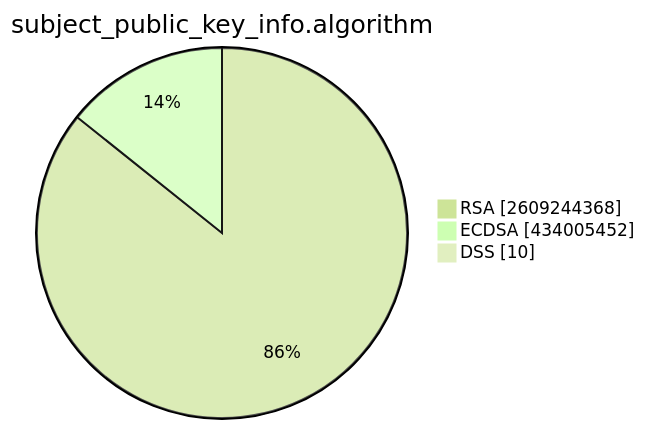
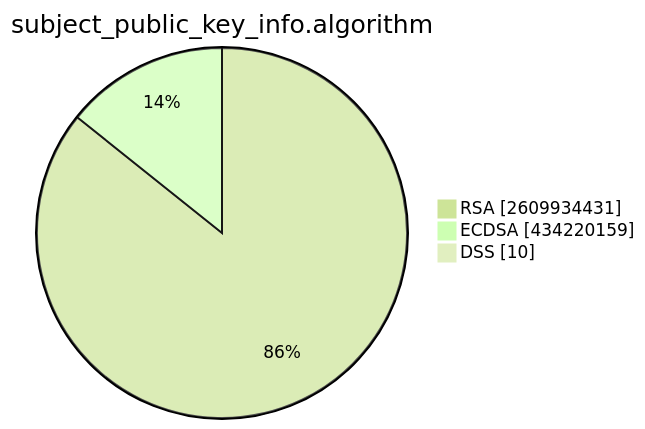
The second of 15 diagrams in TOTAL/README.md (christiankrug/ctmonitor_visualization), drawn with Mermaid (forest theme) before and after one commit. The commit also changed other lines of this file, not shown here.

````diff
--- a/TOTAL/README.md
+++ b/TOTAL/README.md
@@ -6,7 +6,7 @@
 ```mermaid
 pie showData
 title subject_public_key_info.algorithm
-"RSA" :2609244368
-"ECDSA" :434005452
+"RSA" :2609934431
+"ECDSA" :434220159
 "DSS" :10
 ```
````
